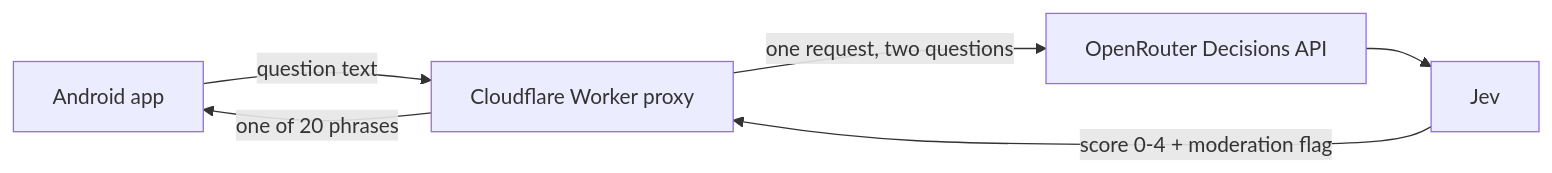
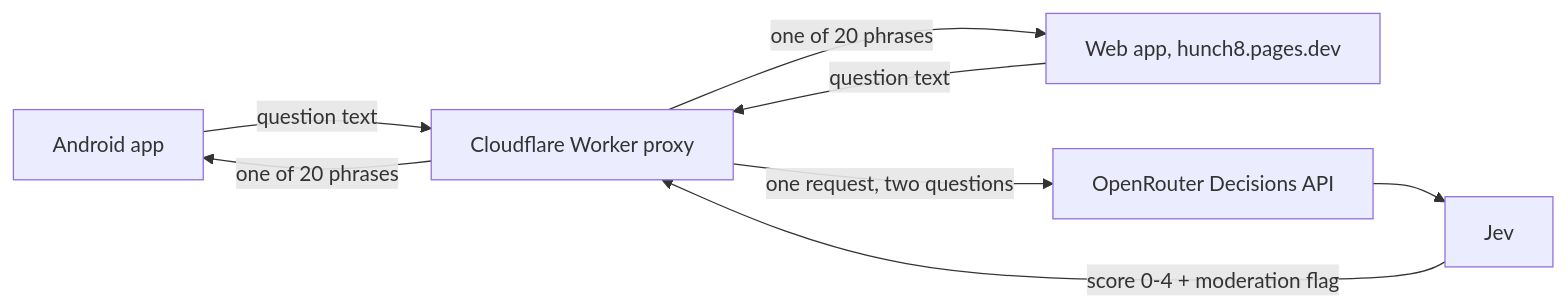
Before and after one commit to aohana182/hunch8: the diagram in README.md, drawn with Mermaid. The commit also changed other lines of this file, not shown here.

First line of the commit message:
docs: cover the web app in the README

````diff
--- a/README.md
+++ b/README.md
@@ -32,8 +34,10 @@
 ```mermaid
 flowchart LR
     A[Android app] -->|question text| B[Cloudflare Worker proxy]
+    W[Web app, hunch8.pages.dev] -->|question text| B
     B -->|one request, two questions| C[OpenRouter Decisions API]
     C --> D[Jev]
     D -->|score 0-4 + moderation flag| B
     B -->|one of 20 phrases| A
+    B -->|one of 20 phrases| W
 ```
````
